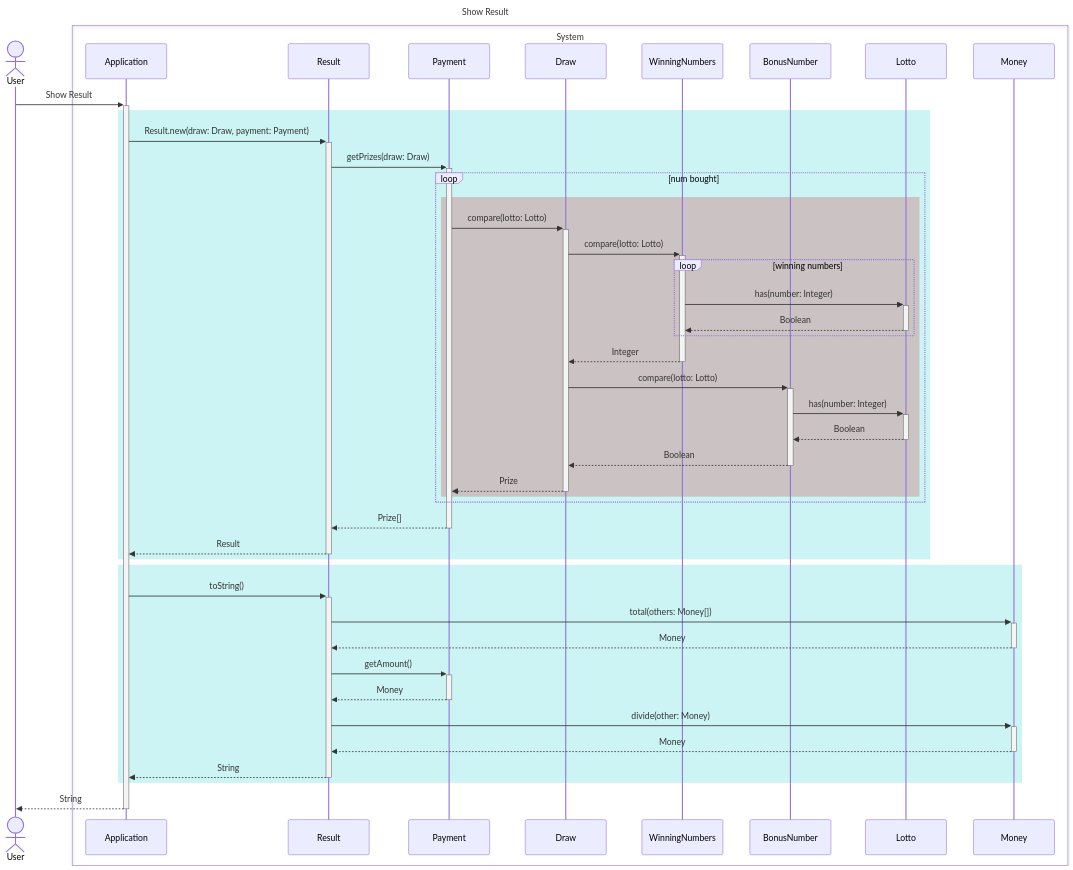
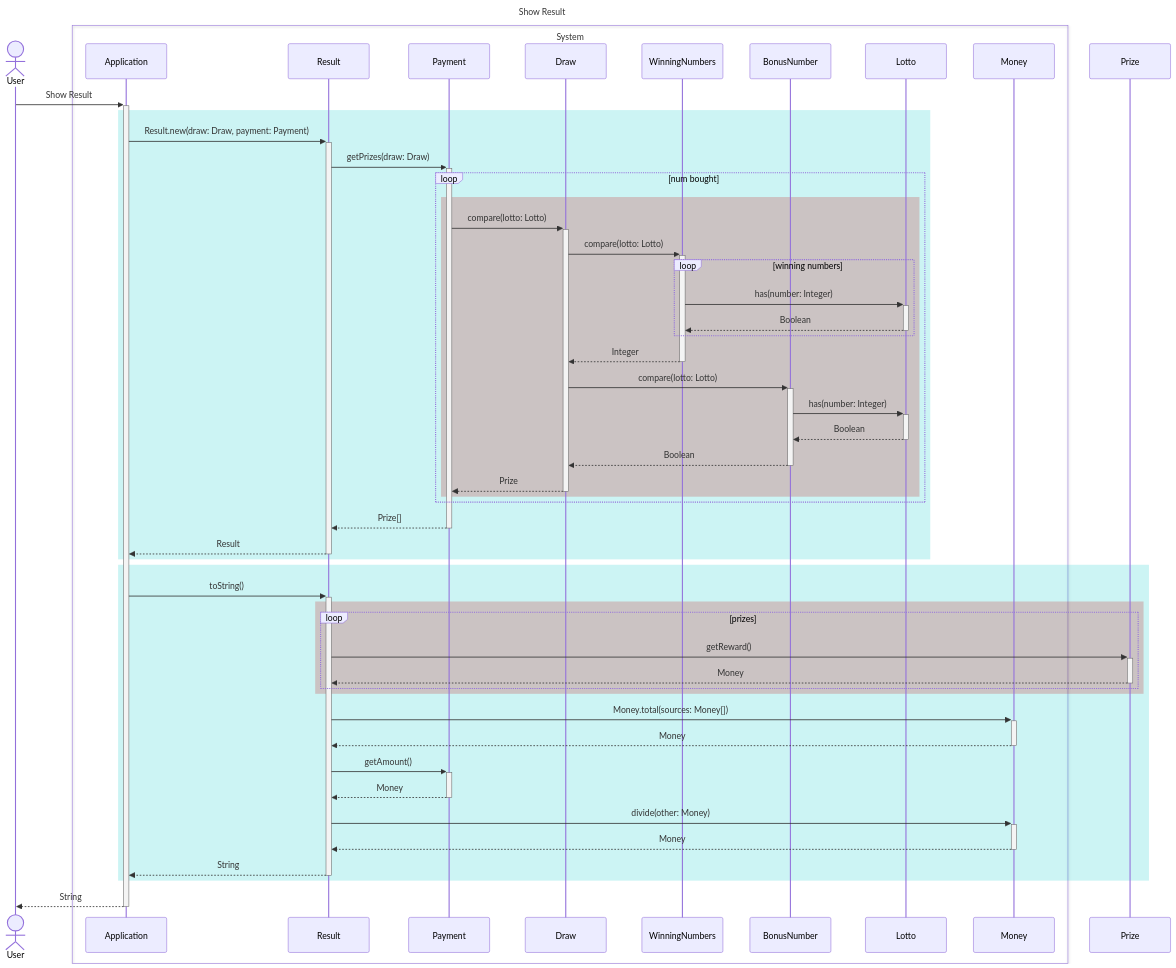
The fifth of 6 diagrams in docs/README.md (gdsc-konkuk/23-24_study_2nd_java-lotto-6), drawn with Mermaid before and after one commit. The commit also changed other lines of this file and 2 other files, not shown here.

Commit message:
refactor: refine-structure

````diff
--- a/docs/README.md
+++ b/docs/README.md
@@ -237,58 +237,65 @@
 ```mermaid
 ---
 title: Show Result
 ---
 sequenceDiagram
     actor User
     box System
         participant Application
         participant Result
         participant Payment
         participant Draw
         participant WinningNumbers
         participant BonusNumber
         participant Lotto
         participant Money
     end
 
     User ->>+ Application: Show Result
     rect rgb(0, 200, 200, 0.2)
         Application ->>+ Result: Result.new(draw: Draw, payment: Payment)
         Result ->>+ Payment: getPrizes(draw: Draw)
 
         loop num bought
             rect rgb(200, 0, 0, 0.2)
                 Payment ->>+ Draw: compare(lotto: Lotto)
                 Draw ->>+ WinningNumbers: compare(lotto: Lotto)
 
                 loop winning numbers
                     WinningNumbers ->>+ Lotto: has(number: Integer)
                     Lotto -->>- WinningNumbers: Boolean
                 end
 
                 WinningNumbers -->>- Draw: Integer
                 Draw ->>+ BonusNumber: compare(lotto: Lotto)
                 BonusNumber ->>+ Lotto: has(number: Integer)
                 Lotto -->>- BonusNumber: Boolean
                 BonusNumber -->>- Draw: Boolean
                 Draw -->>- Payment: Prize
             end
         end
 
         Payment -->>- Result: Prize[]
         Result -->>- Application: Result
     end
 
     rect rgb(0, 200, 200, 0.2)
         Application ->>+ Result: toString()
-        Result ->>+ Money: total(others: Money[])
+
+        rect rgb(200, 0, 0, 0.2)
+            loop prizes
+                Result ->>+ Prize: getReward()
+                Prize -->>- Result: Money
+            end
+        end
+        Result ->>+ Money: Money.total(sources: Money[])
         Money -->>- Result: Money
         Result ->>+ Payment: getAmount()
         Payment -->>- Result: Money
         Result ->>+ Money: divide(other: Money)
         Money -->>- Result: Money
         Result -->>- Application: String
     end
 
     Application -->>- User: String
 ```
````
